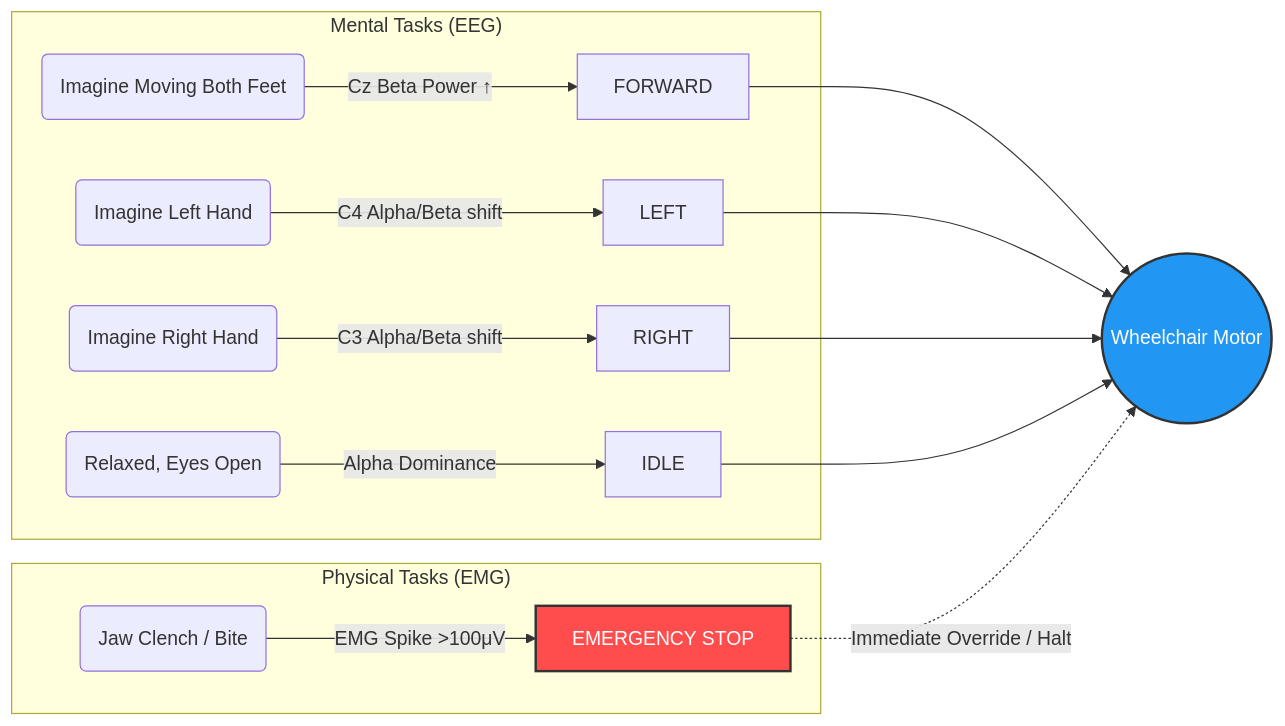
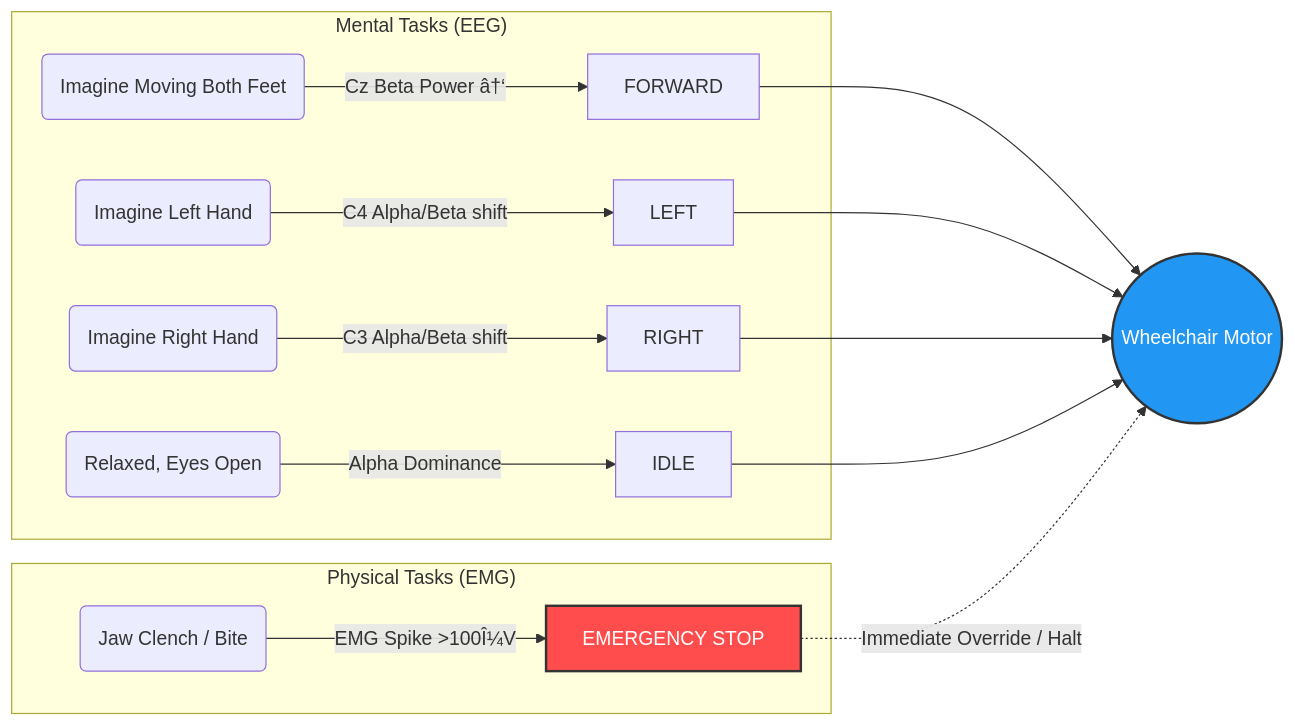
One commit to NAVEENKCG/Mind_Wave_AImodel changed the second of 3 diagrams in RND_PAPER.md. Above: the diagram before and after it, drawn with Mermaid. The commit also changed other lines of this file and 1 other file, not shown here.

````diff
--- a/RND_PAPER.md
+++ b/RND_PAPER.md
@@ -126,22 +126,22 @@
 ```mermaid
 flowchart LR
     subgraph Mental Tasks ["Mental Tasks (EEG)"]
-        M1(Imagine Moving Both Feet) -->|Cz Beta Power ↑| C1[FORWARD]
+        M1(Imagine Moving Both Feet) -->|Cz Beta Power â†‘| C1[FORWARD]
         M2(Imagine Left Hand) -->|C4 Alpha/Beta shift| C2[LEFT]
         M3(Imagine Right Hand) -->|C3 Alpha/Beta shift| C3[RIGHT]
         M4(Relaxed, Eyes Open) -->|Alpha Dominance| C4[IDLE]
     end
     
     subgraph Physical Tasks ["Physical Tasks (EMG)"]
-        P1(Jaw Clench / Bite) -->|EMG Spike >100μV| C5[EMERGENCY STOP]
+        P1(Jaw Clench / Bite) -->|EMG Spike >100Î¼V| C5[EMERGENCY STOP]
     end
     
     C1 --> Wheelchair((Wheelchair Motor))
     C2 --> Wheelchair
     C3 --> Wheelchair
     C4 --> Wheelchair
     C5 -.->|Immediate Override / Halt| Wheelchair
     
     style C5 fill:#ff4d4d,stroke:#333,stroke-width:2px,color:#fff
     style Wheelchair fill:#2196f3,stroke:#333,stroke-width:2px,color:#fff
 ```
````
